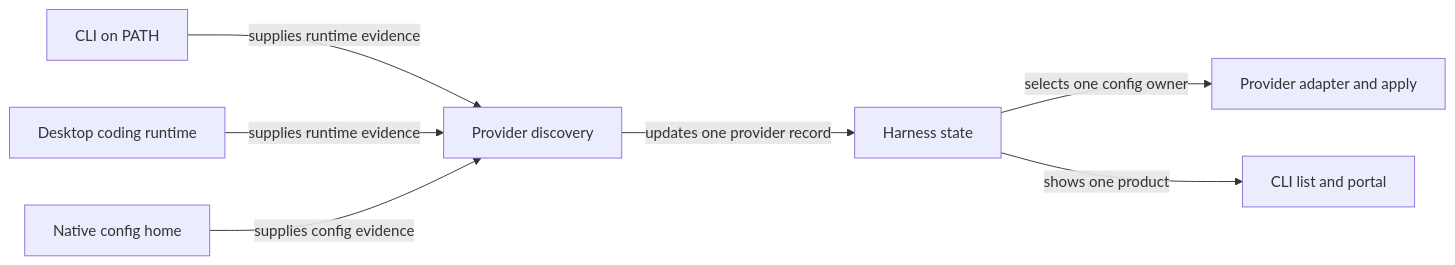
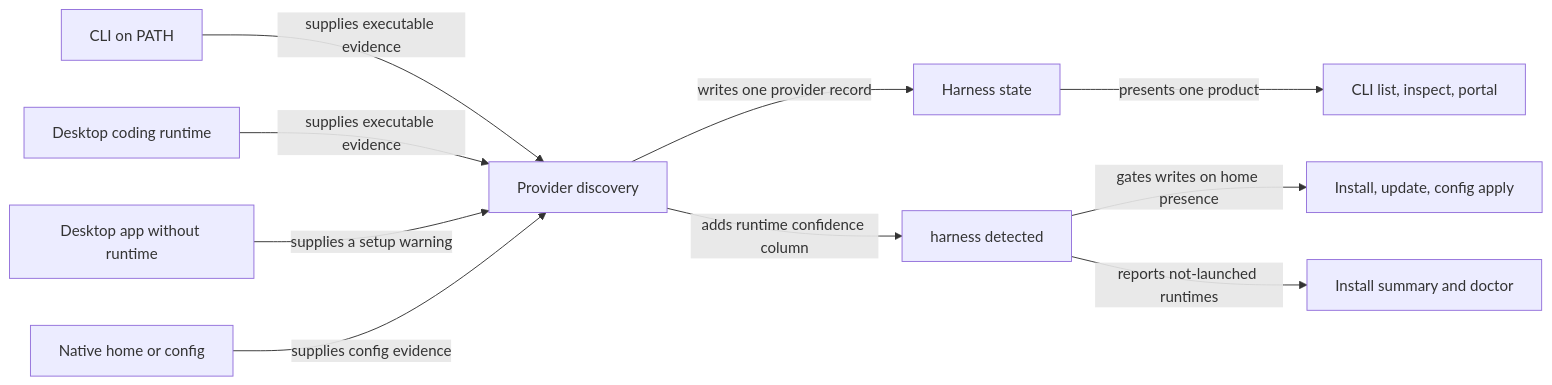
The diagram in docs/plans/backlog/harness-desktop-runtime-discovery.md (kirinmurphy/roborepo-alpha), drawn with Mermaid before and after one commit. The commit also changed other lines of this file and 153 other files, not shown here.

````diff
--- a/docs/plans/backlog/harness-desktop-runtime-discovery.md
+++ b/docs/plans/backlog/harness-desktop-runtime-discovery.md
@@ -84,9 +123,12 @@
 ```mermaid
 flowchart LR
-  CLI[CLI on PATH] -->|supplies runtime evidence| Discover[Provider discovery]
-  Desktop[Desktop coding runtime] -->|supplies runtime evidence| Discover
-  Config[Native config home] -->|supplies config evidence| Discover
-  Discover -->|updates one provider record| State[Harness state]
-  State -->|selects one config owner| Apply[Provider adapter and apply]
-  State -->|shows one product| UI[CLI list and portal]
+  CLI[CLI on PATH] -->|supplies executable evidence| Discover[Provider discovery]
+  Desktop[Desktop coding runtime] -->|supplies executable evidence| Discover
+  App[Desktop app without runtime] -->|supplies a setup warning| Discover
+  Home[Native home or config] -->|supplies config evidence| Discover
+  Discover -->|writes one provider record| State[Harness state]
+  Discover -->|adds runtime confidence column| Detected[harness detected]
+  State -->|presents one product| UI[CLI list, inspect, portal]
+  Detected -->|gates writes on home presence| Install[Install, update, config apply]
+  Detected -->|reports not-launched runtimes| Report[Install summary and doctor]
 ```
````
